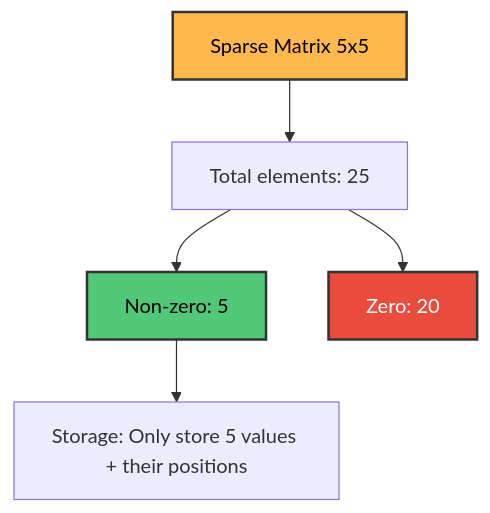
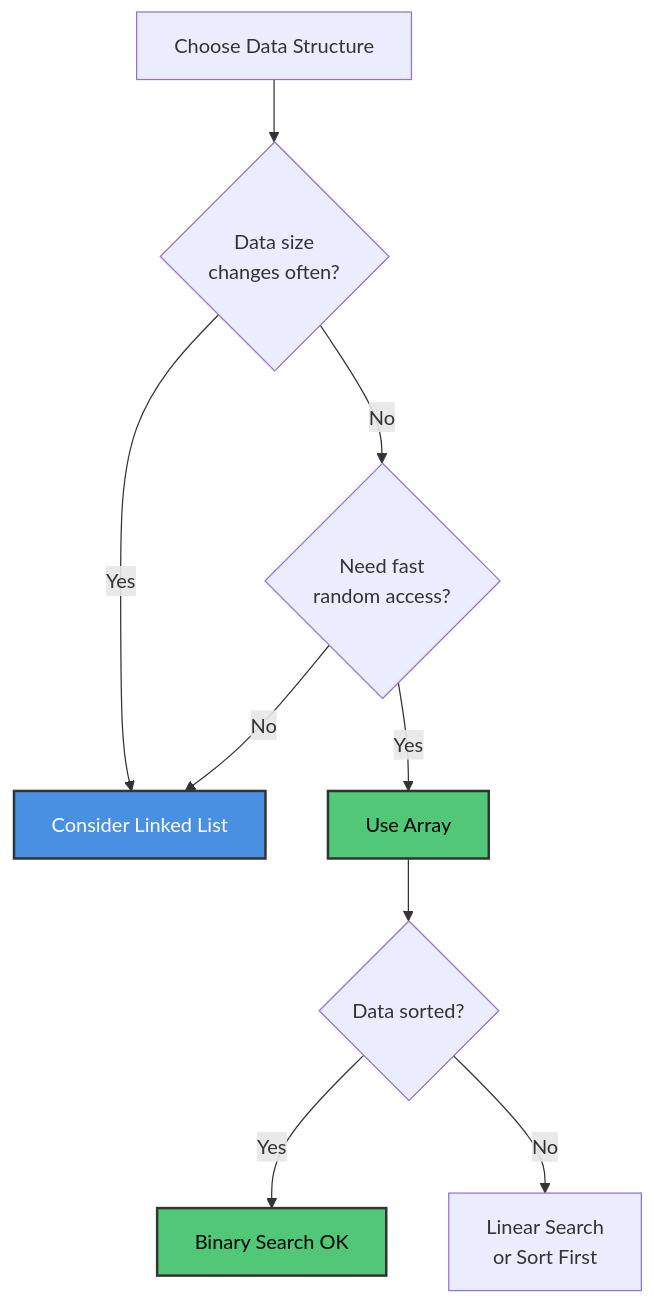
One commit to M-F-Tushar/CSE-2101-Data-Structure changed diagram 39 of 39 in Chapter 4 - Arrays, Records and Pointers/README.md. Above: the diagram before and after it, drawn with Mermaid. The commit also changed other lines of this file, not shown here.

````diff
--- a/Chapter 4 - Arrays, Records and Pointers/README.md
+++ b/Chapter 4 - Arrays, Records and Pointers/README.md
@@ -2060,11 +1401,15 @@
 ```mermaid
 graph TD
-    A["Sparse Matrix 5x5"] --> B["Total elements: 25"]
-    B --> C["Non-zero: 5"]
-    B --> D["Zero: 20"]
-    C --> E["Storage: Only store 5 values + their positions"]
+    A["Choose Data Structure"] --> B{"Data size<br/>changes often?"}
+    B -->|Yes| C["Consider Linked List"]
+    B -->|No| D{"Need fast<br/>random access?"}
+    D -->|Yes| E["Use Array"]
+    D -->|No| C
+    E --> F{"Data sorted?"}
+    F -->|Yes| G["Binary Search OK"]
+    F -->|No| H["Linear Search<br/>or Sort First"]
     
-    style A fill:#FFB84D,stroke:#333,stroke-width:2px,color:#000
-    style C fill:#50C878,stroke:#333,stroke-width:2px,color:#000
-    style D fill:#E94B3C,stroke:#333,stroke-width:2px,color:#fff
+    style E fill:#50C878,stroke:#333,stroke-width:2px,color:#000
+    style C fill:#4A90E2,stroke:#333,stroke-width:2px,color:#fff
+    style G fill:#50C878,stroke:#333,stroke-width:2px,color:#000
 ```
````
